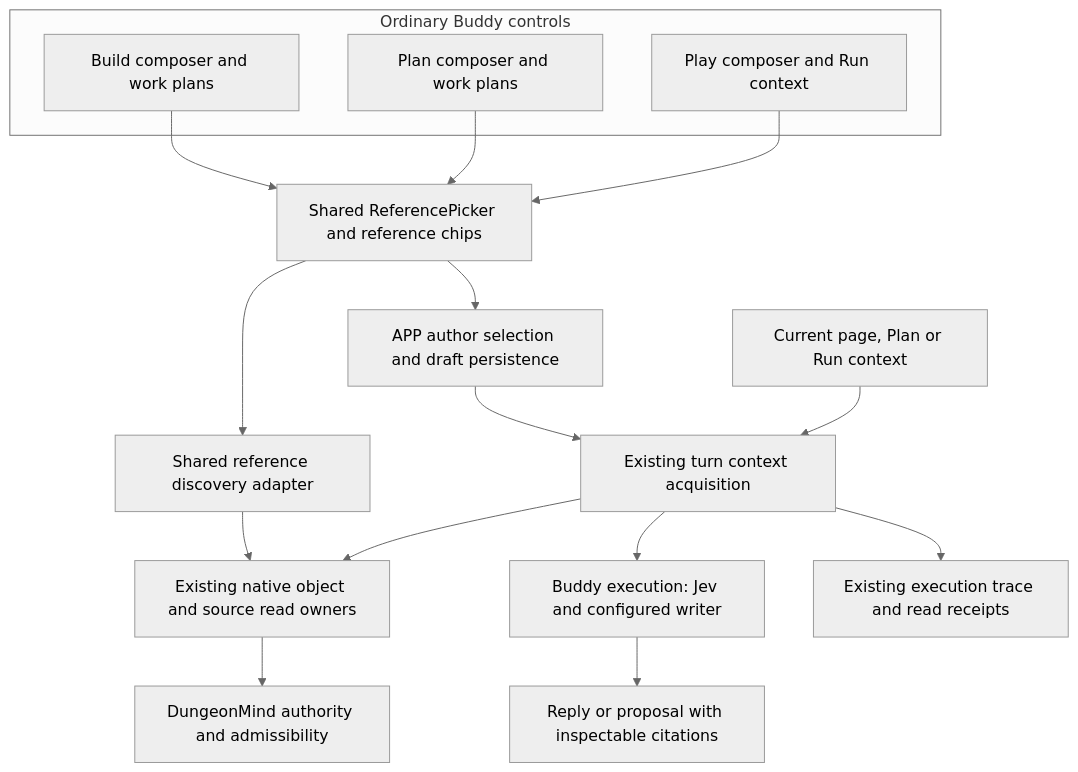
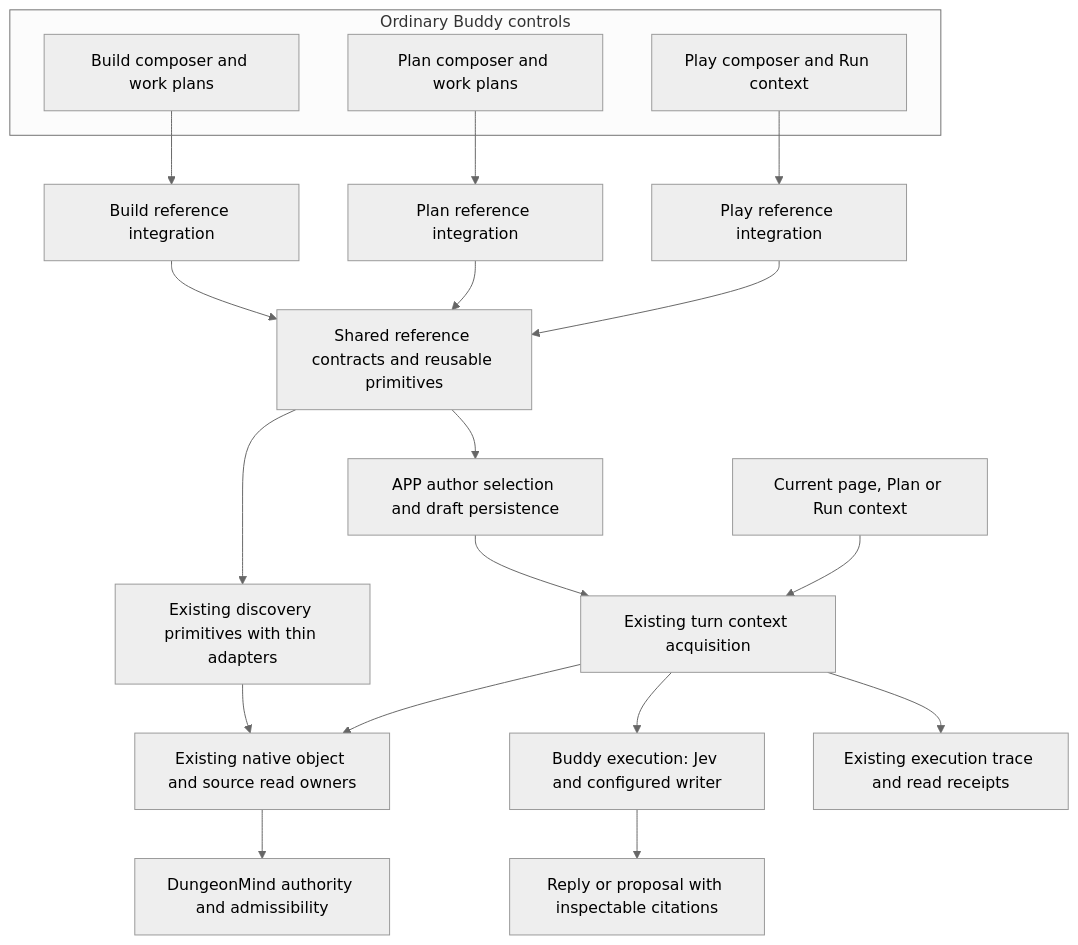
One commit to Drakosfire/DungeonMindBuddy changed the first of 2 diagrams in Docs/Design/ARCHITECTURE-shared-context-references.md. Above: the diagram before and after it, drawn with Mermaid (neutral theme). The commit also changed other lines of this file, not shown here.

Commit message:
DESIGN: ground references in surface-specific integration

````diff
--- a/Docs/Design/ARCHITECTURE-shared-context-references.md
+++ b/Docs/Design/ARCHITECTURE-shared-context-references.md
@@ -45,21 +57,24 @@
 ```mermaid
 flowchart TB
   subgraph Surfaces[Ordinary Buddy controls]
     B[Build composer and work plans]
     P[Plan composer and work plans]
     L[Play composer and Run context]
   end
-  B --> UI[Shared ReferencePicker and reference chips]
-  P --> UI
-  L --> UI
-  UI --> D[Shared reference discovery adapter]
+  B --> BI[Build reference integration]
+  P --> PI[Plan reference integration]
+  L --> LI[Play reference integration]
+  BI --> UI[Shared reference contracts and reusable primitives]
+  PI --> UI
+  LI --> UI
+  UI --> D[Existing discovery primitives with thin adapters]
   D --> N[Existing native object and source read owners]
   N --> K[DungeonMind authority and admissibility]
   UI --> S[APP author selection and draft persistence]
   S --> T[Existing turn context acquisition]
   W[Current page, Plan or Run context] --> T
   T --> N
   T --> X[Buddy execution: Jev and configured writer]
   X --> R[Reply or proposal with inspectable citations]
   T --> A[Existing execution trace and read receipts]
 ```
````
